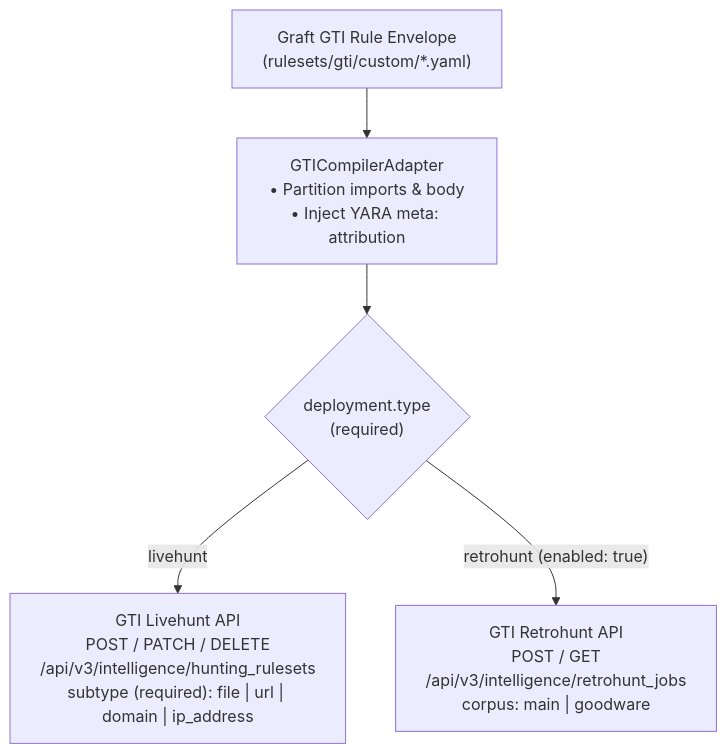
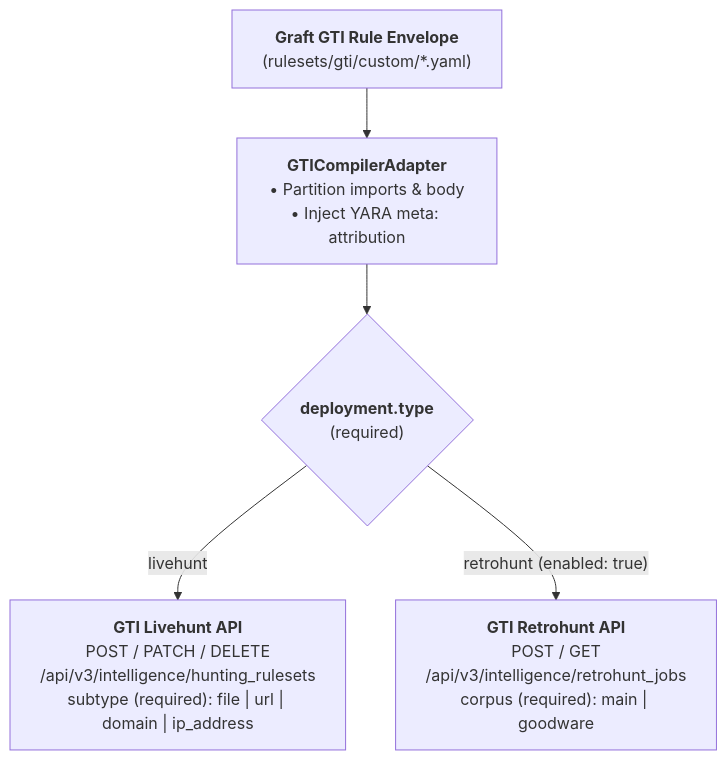
Before and after one commit to lopes/graft: the first of 4 diagrams in src/graft/engines/gti/docs/README.md, drawn with Mermaid. The commit also changed other lines of this file and 26 other files, not shown here.

````diff
--- a/src/graft/engines/gti/docs/README.md
+++ b/src/graft/engines/gti/docs/README.md
@@ -9,11 +23,11 @@
 ```mermaid
 flowchart TD
-    RULE["Graft GTI Rule Envelope<br/>(rulesets/gti/custom/*.yaml)"]
-    COMPILER["GTICompilerAdapter<br/>• Partition imports &amp; body<br/>• Inject YARA meta: attribution"]
+    RULE["<b>Graft GTI Rule Envelope</b><br/>(rulesets/gti/custom/*.yaml)"]
+    COMPILER["<b>GTICompilerAdapter</b><br/>• Partition imports &amp; body<br/>• Inject YARA meta: attribution"]
 
     RULE --> COMPILER
 
-    COMPILER --> DEP_TYPE{"deployment.type<br/>(required)"}
-    DEP_TYPE -- "livehunt" --> LH["GTI Livehunt API<br/>POST / PATCH / DELETE<br/>/api/v3/intelligence/hunting_rulesets<br/>subtype (required): file | url | domain | ip_address"]
-    DEP_TYPE -- "retrohunt (enabled: true)" --> RH["GTI Retrohunt API<br/>POST / GET<br/>/api/v3/intelligence/retrohunt_jobs<br/>corpus: main | goodware"]
+    COMPILER --> DEP_TYPE{"<b>deployment.type</b><br/>(required)"}
+    DEP_TYPE -- "livehunt" --> LH["<b>GTI Livehunt API</b><br/>POST / PATCH / DELETE<br/>/api/v3/intelligence/hunting_rulesets<br/>subtype (required): file | url | domain | ip_address"]
+    DEP_TYPE -- "retrohunt (enabled: true)" --> RH["<b>GTI Retrohunt API</b><br/>POST / GET<br/>/api/v3/intelligence/retrohunt_jobs<br/>corpus (required): main | goodware"]
 ```
````
